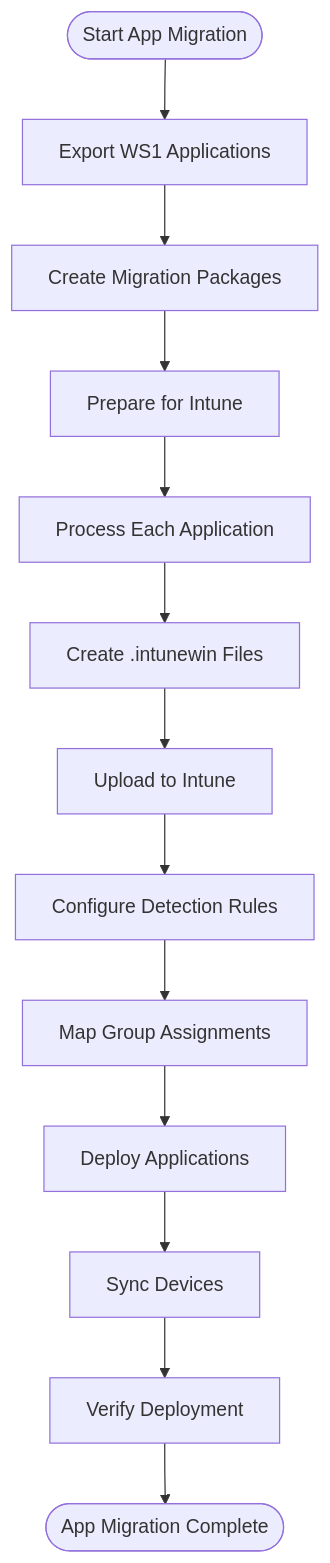
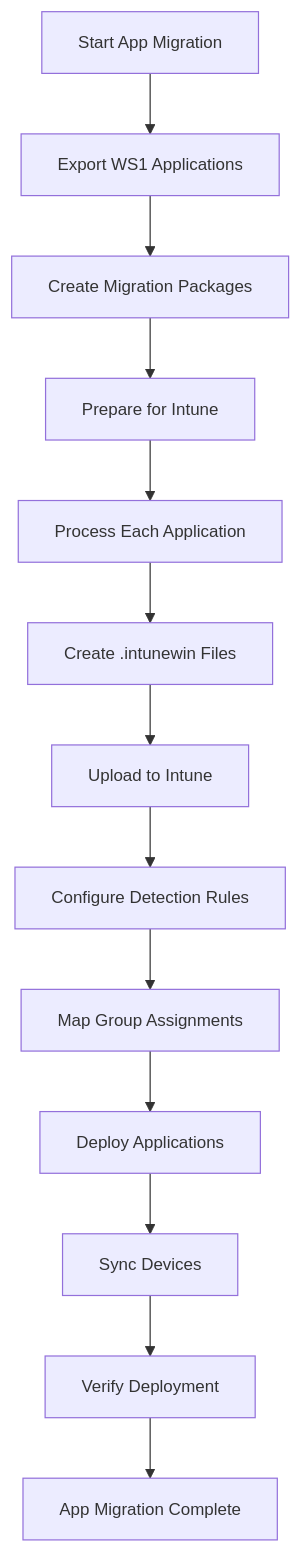
Before and after one commit to alphaminmax/Workspace-One-to-Azure-Intune-Migration-Toolkit-MVP-Edition: the fourth of 5 diagrams in docs/Workflow-Diagrams.md, drawn with Mermaid. The commit also changed other lines of this file and 10 other files, not shown here.

````diff
--- a/docs/Workflow-Diagrams.md
+++ b/docs/Workflow-Diagrams.md
@@ -70,15 +73,16 @@
 ```mermaid
-graph TD
-Start([Start App Migration]) --> ExportWS1[Export WS1 Applications]
-ExportWS1 --> CreatePackages[Create Migration Packages]
-CreatePackages --> PreparePackages[Prepare for Intune]
-PreparePackages --> ProcessApps[Process Each Application]
-ProcessApps --> CreateIntuneWin[Create .intunewin Files]
-CreateIntuneWin --> UploadToIntune[Upload to Intune]
-UploadToIntune --> DetectionRules[Configure Detection Rules]
-DetectionRules --> AssignmentMapping[Map Group Assignments]
-AssignmentMapping --> DeployApps[Deploy Applications]
-DeployApps --> SyncDevices[Sync Devices]
-SyncDevices --> VerifyDeployment[Verify Deployment]
-VerifyDeployment --> Complete([App Migration Complete])
+%%{init: {'theme': 'default', 'themeVariables': { 'primaryColor': '#6f9654', 'fontSize': '14px'}}}%%
+flowchart TD
+A[Start App Migration] --> B[Export WS1 Applications]
+B --> C[Create Migration Packages]
+C --> D[Prepare for Intune]
+D --> E[Process Each Application]
+E --> F[Create .intunewin Files]
+F --> G[Upload to Intune]
+G --> H[Configure Detection Rules]
+H --> I[Map Group Assignments]
+I --> J[Deploy Applications]
+J --> K[Sync Devices]
+K --> L[Verify Deployment]
+L --> M[App Migration Complete]
 ```
````
